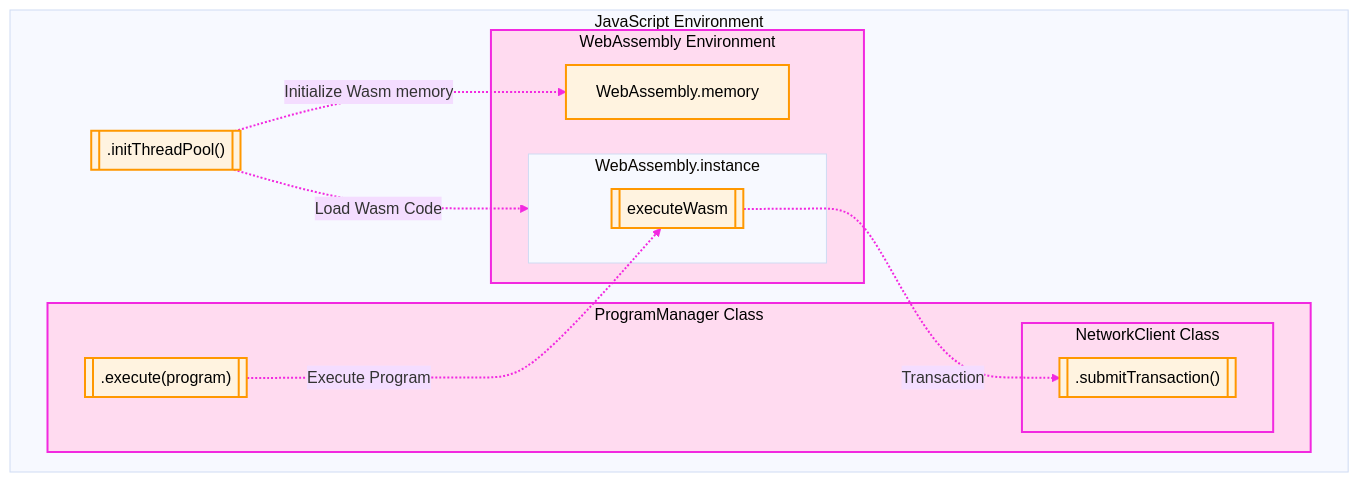
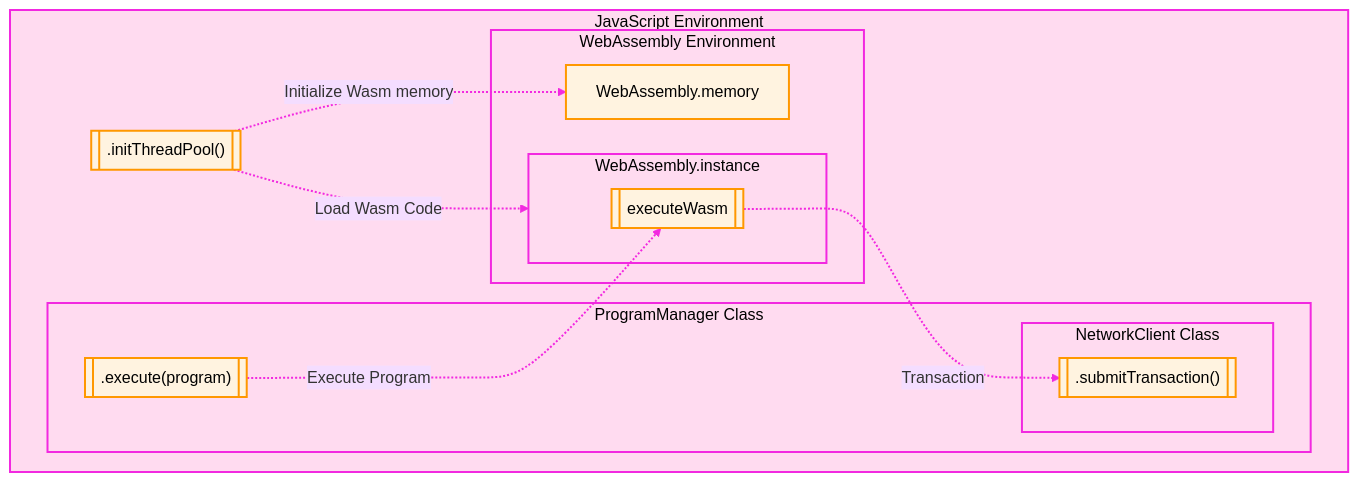
One commit to ProvableHQ/sdk changed the first of 2 diagrams in docs/Guide/06_executing_programs.md. Above: the diagram before and after it, drawn with Mermaid (base theme). The commit also changed other lines of this file and 1 other file, not shown here.

````diff
--- a/docs/Guide/06_executing_programs.md
+++ b/docs/Guide/06_executing_programs.md
@@ -12,29 +12,31 @@
 ```mermaid
 graph
     subgraph JS["JavaScript Environment"]
         subgraph ProgramManager["ProgramManager Class"]
             Execute[[".execute(program)"]]
             subgraph NetworkClient["NetworkClient Class"]
                 SubmitTransaction[[".submitTransaction()"]]
             end
         end
         initThreadPool[[".initThreadPool()"]]
         subgraph WASM["WebAssembly Environment"]
             WasmMem["WebAssembly.memory"]
             subgraph WasmInst["WebAssembly.instance"]
                 executeWasm[[executeWasm]]
             end
         end
     end
     initThreadPool -.Initialize Wasm memory.-> WasmMem
     initThreadPool -.Load Wasm Code.-> WasmInst
     Execute -.Execute Program.-> executeWasm
     executeWasm -.Transaction.-> SubmitTransaction
 
 %% Styling (All text black)
     classDef default fill:#fff3e0,stroke:#ff9800,stroke-width:2px,color:#000;
+    style JS fill:#ffdbf0,stroke:#f229e0,stroke-width:2px,color:#000;
+    style NetworkClient fill:#ffdbf0,stroke:#f229e0,stroke-width:2px,color:#000;
     style ProgramManager fill:#ffdbf0,stroke:#f229e0,stroke-width:2px,color:#000;
-    style NetworkClient fill:#ffdbf0,stroke:#f229e0,stroke-width:2px,color:#000;
     style WASM fill:#ffdbf0,stroke:#f229e0,stroke-width:2px,color:#000;
+    style WasmInst fill:#ffdbf0,stroke:#f229e0,stroke-width:2px,color:#000;
     linkStyle default stroke:#f229e0,stroke-width:2px;
 ```
````
